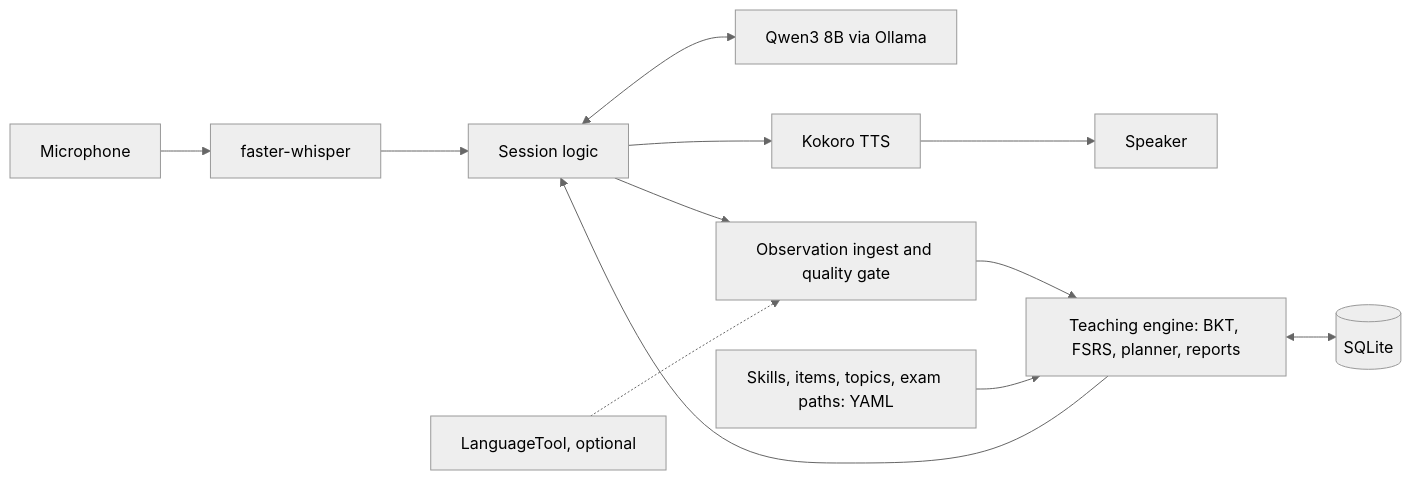
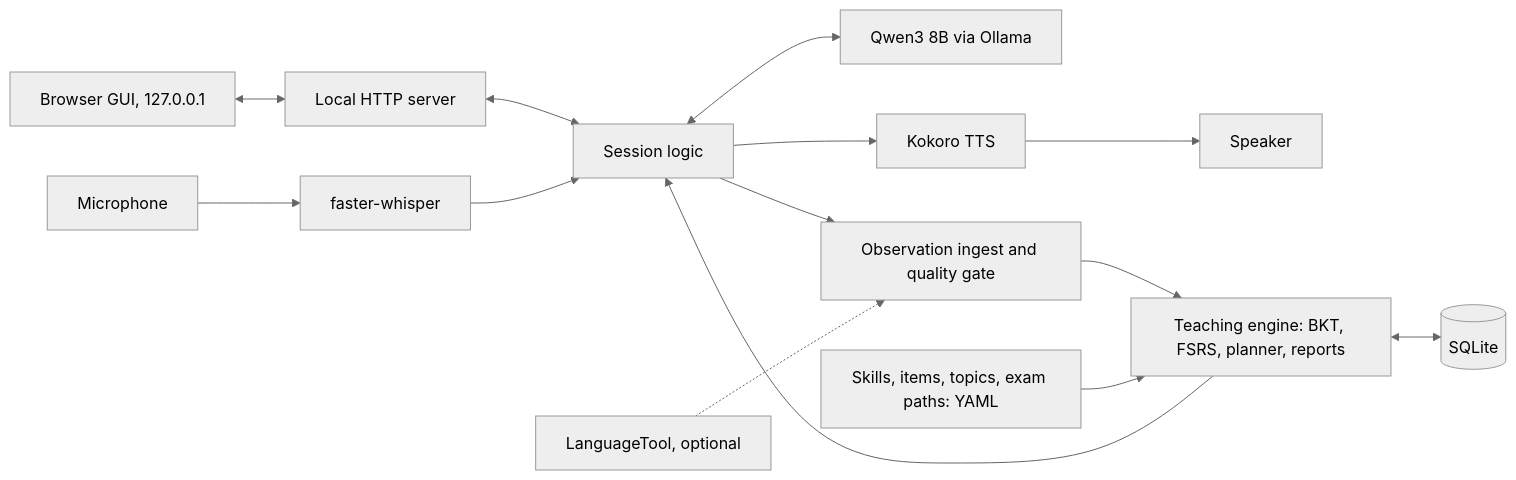
Before and after one commit to krauzerl/english-ai-tutor: the diagram in README.md, drawn with Mermaid (neutral theme). The commit also changed other lines of this file and 2 other files, not shown here.

Commit message:
docs(gui): how to run the GUI, security notes, status and roadmap

````diff
--- a/README.md
+++ b/README.md
@@ -74,13 +76,15 @@
 ```mermaid
 flowchart LR
+    GUI[Browser GUI, 127.0.0.1] <--> SRV[Local HTTP server]
+    SRV <--> APP
     MIC[Microphone] --> STT[faster-whisper]
     STT --> APP[Session logic]
     APP <--> LLM[Qwen3 8B via Ollama]
     APP --> TTS[Kokoro TTS] --> SPK[Speaker]
     APP --> ING[Observation ingest and quality gate]
     LT[LanguageTool, optional] -.-> ING
     ING --> ENG[Teaching engine: BKT, FSRS, planner, reports]
     ENG <--> DB[(SQLite)]
     CONTENT[Skills, items, topics, exam paths: YAML] --> ENG
     ENG --> APP
 ```
````
